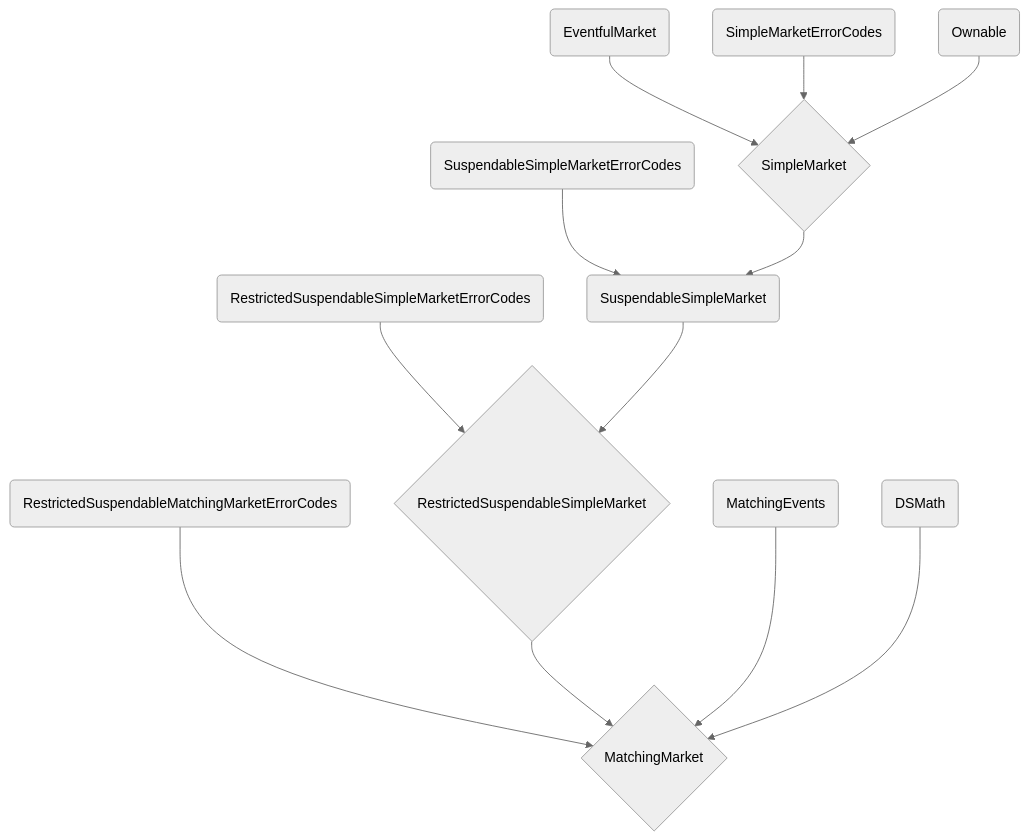
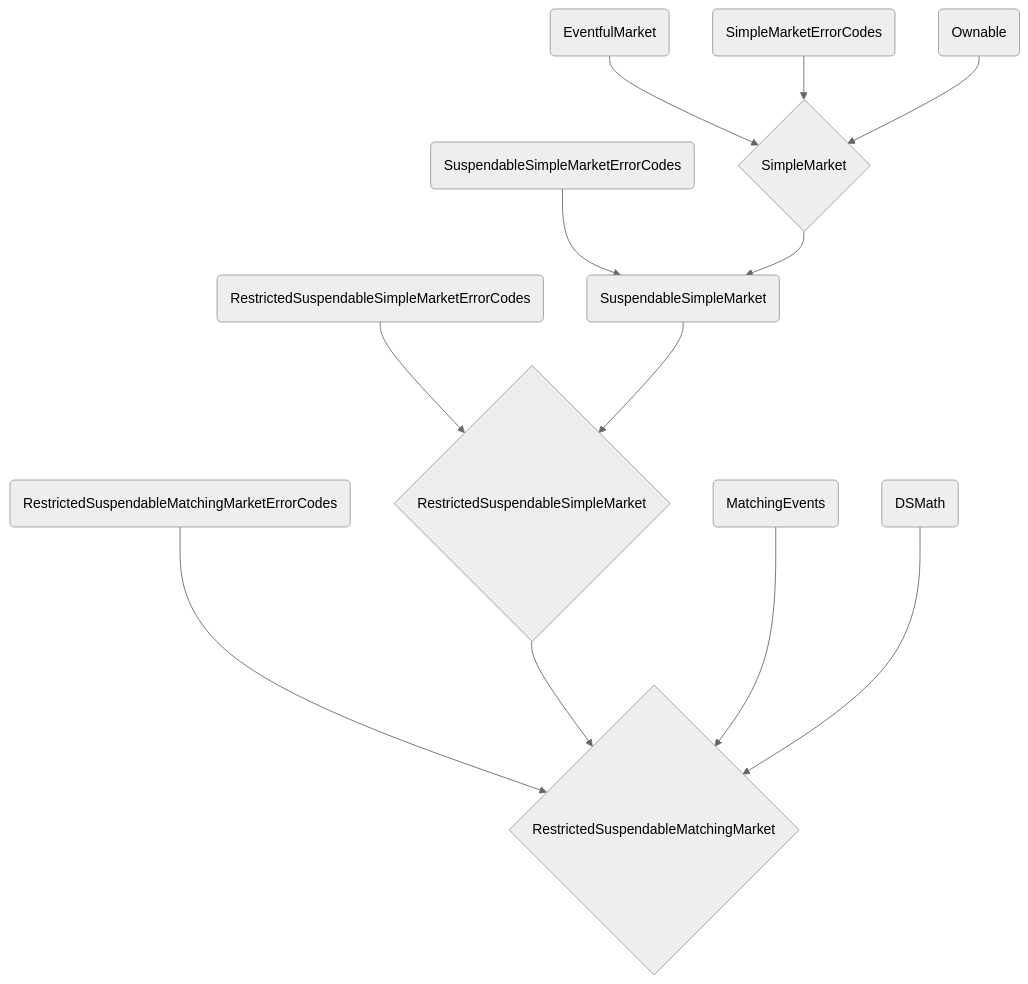
One commit to Le-Rucher-d-Apidae/maker-otc-fork-OpenZeppelin changed the diagram in readme.md. Above: the diagram before and after it, drawn with Mermaid (neutral theme).

````diff
--- a/readme.md
+++ b/readme.md
@@ -3,27 +3,27 @@
 ```mermaid
 graph TD;
 EV(EventfulMarket)
 ER(SimpleMarketErrorCodes)
 OW(Ownable)
 SMPL{SimpleMarket}
 SUSPSMPL(SuspendableSimpleMarket)
 ERRSUSP(SuspendableSimpleMarketErrorCodes)
 RER(RestrictedSuspendableSimpleMarketErrorCodes)
 RSUSPSMPL{RestrictedSuspendableSimpleMarket}
 MEV(MatchingEvents)
 DSM(DSMath)
-MM{MatchingMarket}
+RSMM{RestrictedSuspendableMatchingMarket}
 ERRMM(RestrictedSuspendableMatchingMarketErrorCodes)
 EV --> SMPL
 ER --> SMPL
 OW --> SMPL
 ERRSUSP --> SUSPSMPL
 SMPL --> SUSPSMPL
 RER --> RSUSPSMPL
 SUSPSMPL --> RSUSPSMPL
-ERRMM --> MM
-RSUSPSMPL --> MM
-MEV --> MM
-DSM --> MM
+ERRMM --> RSMM
+RSUSPSMPL --> RSMM
+MEV --> RSMM
+DSM --> RSMM
 
 ```
````
